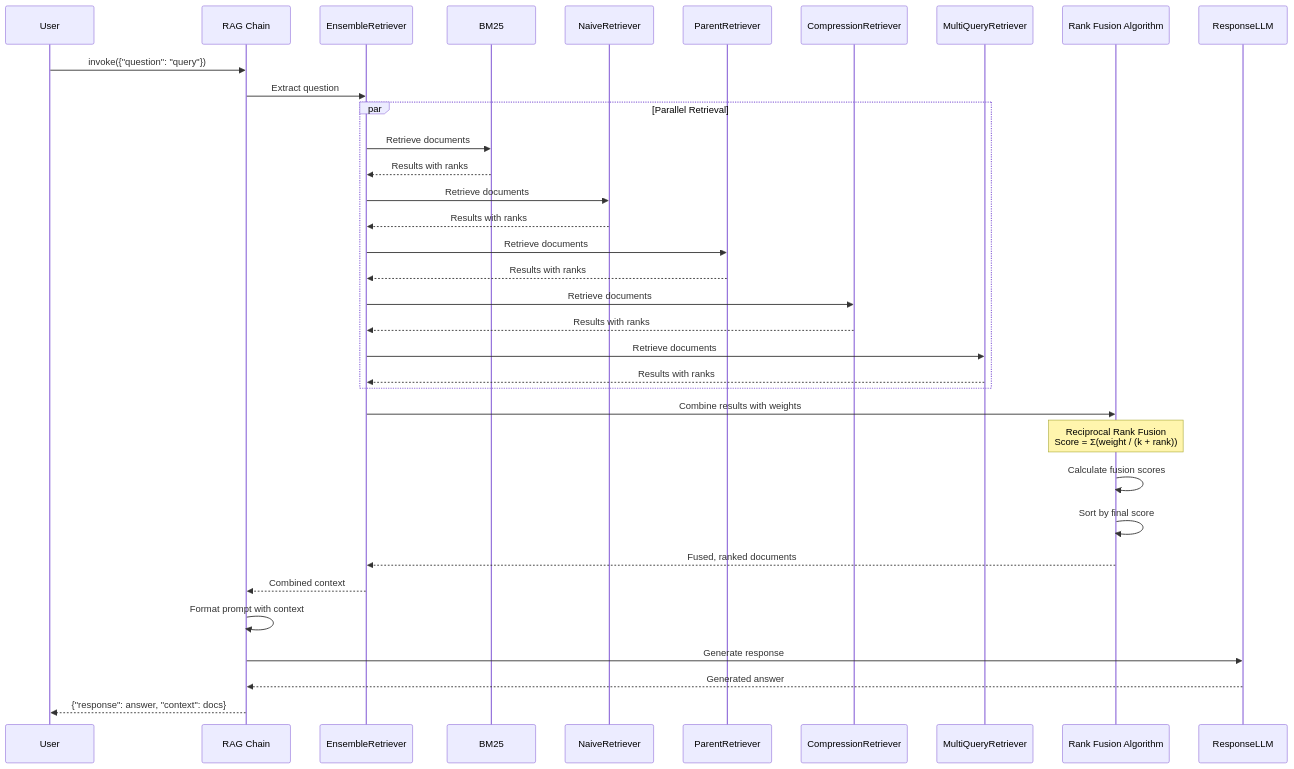
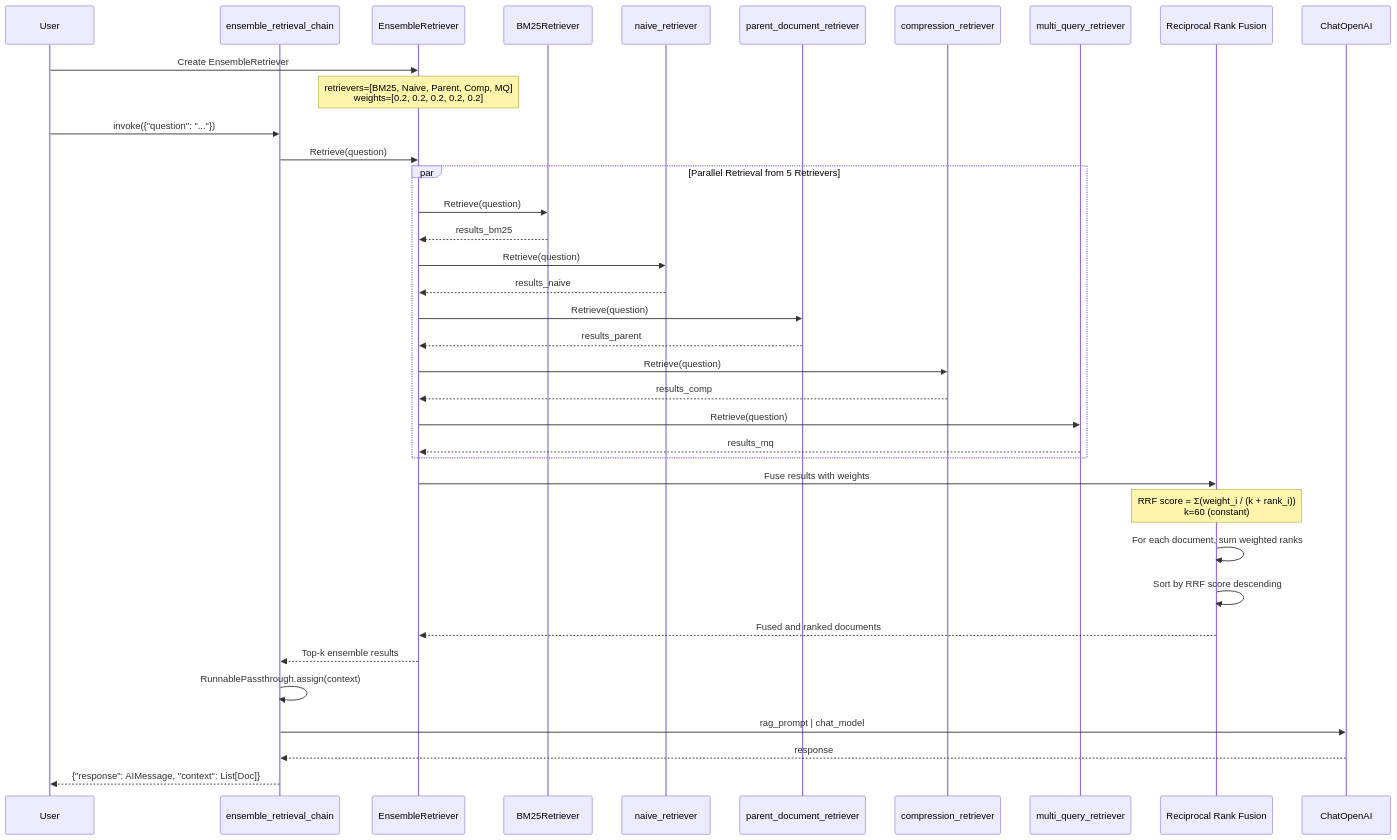
The ninth of 12 diagrams in architecture/docs/03_data_flows.md (don-aie-cohort8/aie8-s09-adv-retrieval), drawn with Mermaid before and after one commit. The commit also changed other lines of this file and 11 other files, not shown here.

````diff
--- a/architecture/docs/03_data_flows.md
+++ b/architecture/docs/03_data_flows.md
@@ -394,41 +482,49 @@
 ```mermaid
 sequenceDiagram
     participant User
-    participant Chain as RAG Chain
-    participant Ensemble as EnsembleRetriever
-    participant BM25
-    participant NaiveRetriever
-    participant ParentRetriever
-    participant CompressionRetriever
-    participant MultiQueryRetriever
-    participant RRF as Rank Fusion Algorithm
-    participant ResponseLLM
+    participant Chain as ensemble_retrieval_chain
+    participant ER as EnsembleRetriever
+    participant BM25 as BM25Retriever
+    participant Naive as naive_retriever
+    participant Parent as parent_document_retriever
+    participant Comp as compression_retriever
+    participant MQ as multi_query_retriever
+    participant RRF as Reciprocal Rank Fusion
+    participant LLM as ChatOpenAI
 
-    User->>Chain: invoke({"question": "query"})
-    Chain->>Ensemble: Extract question
+    User->>ER: Create EnsembleRetriever
+    Note over ER: retrievers=[BM25, Naive, Parent, Comp, MQ]<br/>weights=[0.2, 0.2, 0.2, 0.2, 0.2]
 
-    par Parallel Retrieval
-        Ensemble->>BM25: Retrieve documents
-        BM25-->>Ensemble: Results with ranks
-        Ensemble->>NaiveRetriever: Retrieve documents
-        NaiveRetriever-->>Ensemble: Results with ranks
-        Ensemble->>ParentRetriever: Retrieve documents
-        ParentRetriever-->>Ensemble: Results with ranks
-        Ensemble->>CompressionRetriever: Retrieve documents
-        CompressionRetriever-->>Ensemble: Results with ranks
-        Ensemble->>MultiQueryRetriever: Retrieve documents
-        MultiQueryRetriever-->>Ensemble: Results with ranks
+    User->>Chain: invoke({"question": "..."})
+    Chain->>ER: Retrieve(question)
+
+    par Parallel Retrieval from 5 Retrievers
+        ER->>BM25: Retrieve(question)
+        BM25-->>ER: results_bm25
+
+        ER->>Naive: Retrieve(question)
+        Naive-->>ER: results_naive
+
+        ER->>Parent: Retrieve(question)
+        Parent-->>ER: results_parent
+
+        ER->>Comp: Retrieve(question)
+        Comp-->>ER: results_comp
+
+        ER->>MQ: Retrieve(question)
+        MQ-->>ER: results_mq
     end
 
-    Ensemble->>RRF: Combine results with weights
-    Note over RRF: Reciprocal Rank Fusion<br/>Score = Σ(weight / (k + rank))
-    RRF->>RRF: Calculate fusion scores
-    RRF->>RRF: Sort by final score
-    RRF-->>Ensemble: Fused, ranked documents
+    ER->>RRF: Fuse results with weights
+    Note over RRF: RRF score = Σ(weight_i / (k + rank_i))<br/>k=60 (constant)
+    RRF->>RRF: For each document, sum weighted ranks
+    RRF->>RRF: Sort by RRF score descending
+    RRF-->>ER: Fused and ranked documents
 
-    Ensemble-->>Chain: Combined context
-    Chain->>Chain: Format prompt with context
-    Chain->>ResponseLLM: Generate response
-    ResponseLLM-->>Chain: Generated answer
-    Chain-->>User: {"response": answer, "context": docs}
+    ER-->>Chain: Top-k ensemble results
+
+    Chain->>Chain: RunnablePassthrough.assign(context)
+    Chain->>LLM: rag_prompt | chat_model
+    LLM-->>Chain: response
+    Chain-->>User: {"response": AIMessage, "context": List[Doc]}
 ```
````
